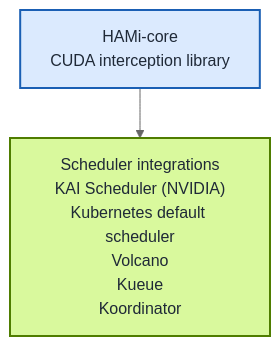
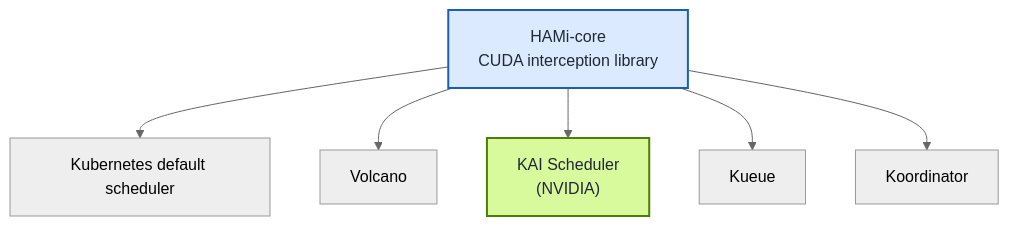
The third of 3 diagrams in blog/hami-core-adopted-by-nvidia-kai-scheduler/index.md (Project-HAMi/website), drawn with Mermaid (neutral theme) before and after one commit. The commit also changed other lines of this file and 1 other file, not shown here.

Commit message:
fix: improve clarity in GPU memory isolation diagrams and update scheduler integration visuals

````diff
--- a/blog/hami-core-adopted-by-nvidia-kai-scheduler/index.md
+++ b/blog/hami-core-adopted-by-nvidia-kai-scheduler/index.md
@@ -191,11 +191,14 @@
 ```mermaid
 %% title: HAMi-core Scheduler Ecosystem
 graph TD
     HAMI["HAMi-core<br/>CUDA interception library"]
-    SCHEDULERS["Scheduler integrations<br/>KAI Scheduler (NVIDIA)<br/>Kubernetes default scheduler<br/>Volcano<br/>Kueue<br/>Koordinator"]
 
-    HAMI --> SCHEDULERS
+    HAMI --> K8S["Kubernetes default scheduler"]
+    HAMI --> VOLCANO[Volcano]
+    HAMI --> KAI["KAI Scheduler<br/>(NVIDIA)"]
+    HAMI --> Kueue
+    HAMI --> Koordinator
 
     style HAMI fill:#dbeafe,stroke:#1a5fb4,stroke-width:2px,color:#1f2937
-    style SCHEDULERS fill:#d9f99d,stroke:#4f7d00,stroke-width:2px,color:#1f2937
+    style KAI fill:#d9f99d,stroke:#4f7d00,stroke-width:2px,color:#1f2937
 ```
````
